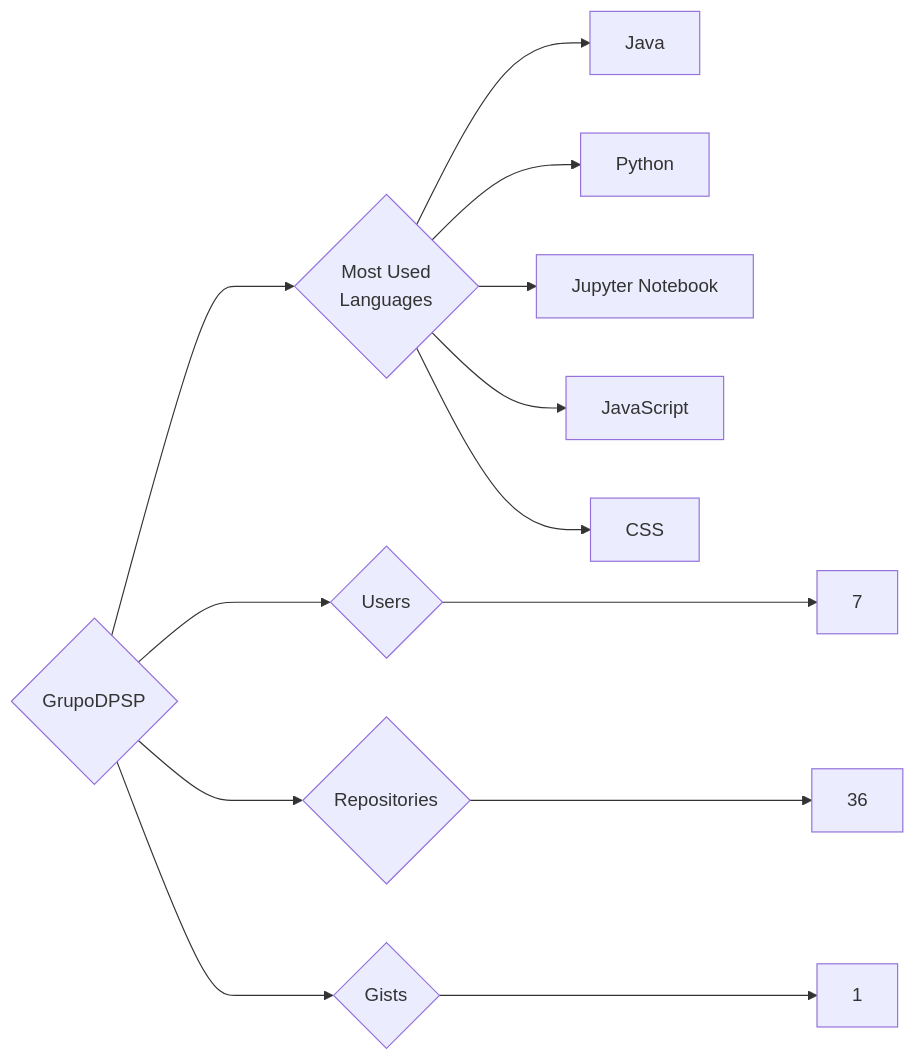
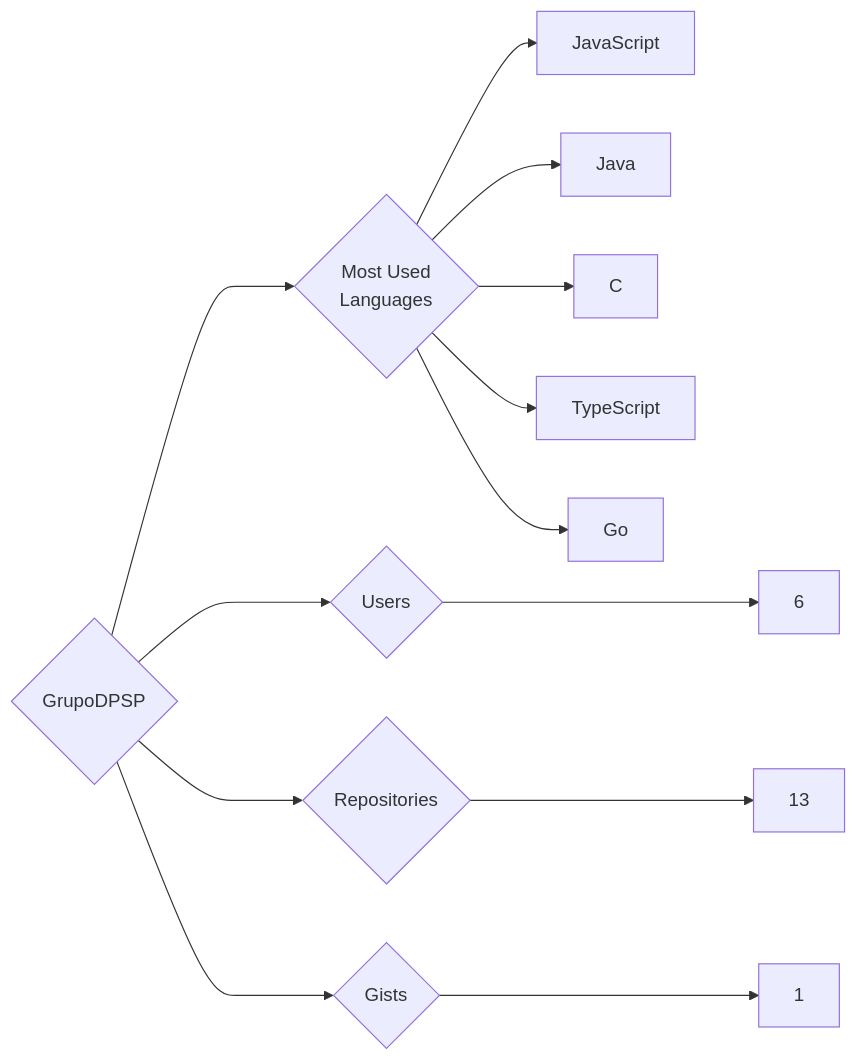
The diagram in targets/GrupoDPSP/README.md (trickest/insiders), drawn with Mermaid before and after one commit. The commit also changed 611 other files, not shown here.

````diff
--- a/targets/GrupoDPSP/README.md
+++ b/targets/GrupoDPSP/README.md
@@ -3,13 +3,13 @@
 ```mermaid
 graph LR
 COMPANY_NAME{GrupoDPSP}
-COMPANY_NAME ---> U{Users} ---> UN[7]
-COMPANY_NAME ---> R{Repositories} ---> RN[36]
+COMPANY_NAME ---> U{Users} ---> UN[6]
+COMPANY_NAME ---> R{Repositories} ---> RN[13]
 COMPANY_NAME ---> G{Gists} ---> GN[1]
 COMPANY_NAME ---> ML{Most Used<br>Languages}
+ML --> JavaScript[JavaScript]
 ML --> Java[Java]
-ML --> Python[Python]
-ML --> Jupyter_Notebook[Jupyter Notebook]
-ML --> JavaScript[JavaScript]
-ML --> CSS[CSS]
+ML --> C[C]
+ML --> TypeScript[TypeScript]
+ML --> Go[Go]
 ```
````
